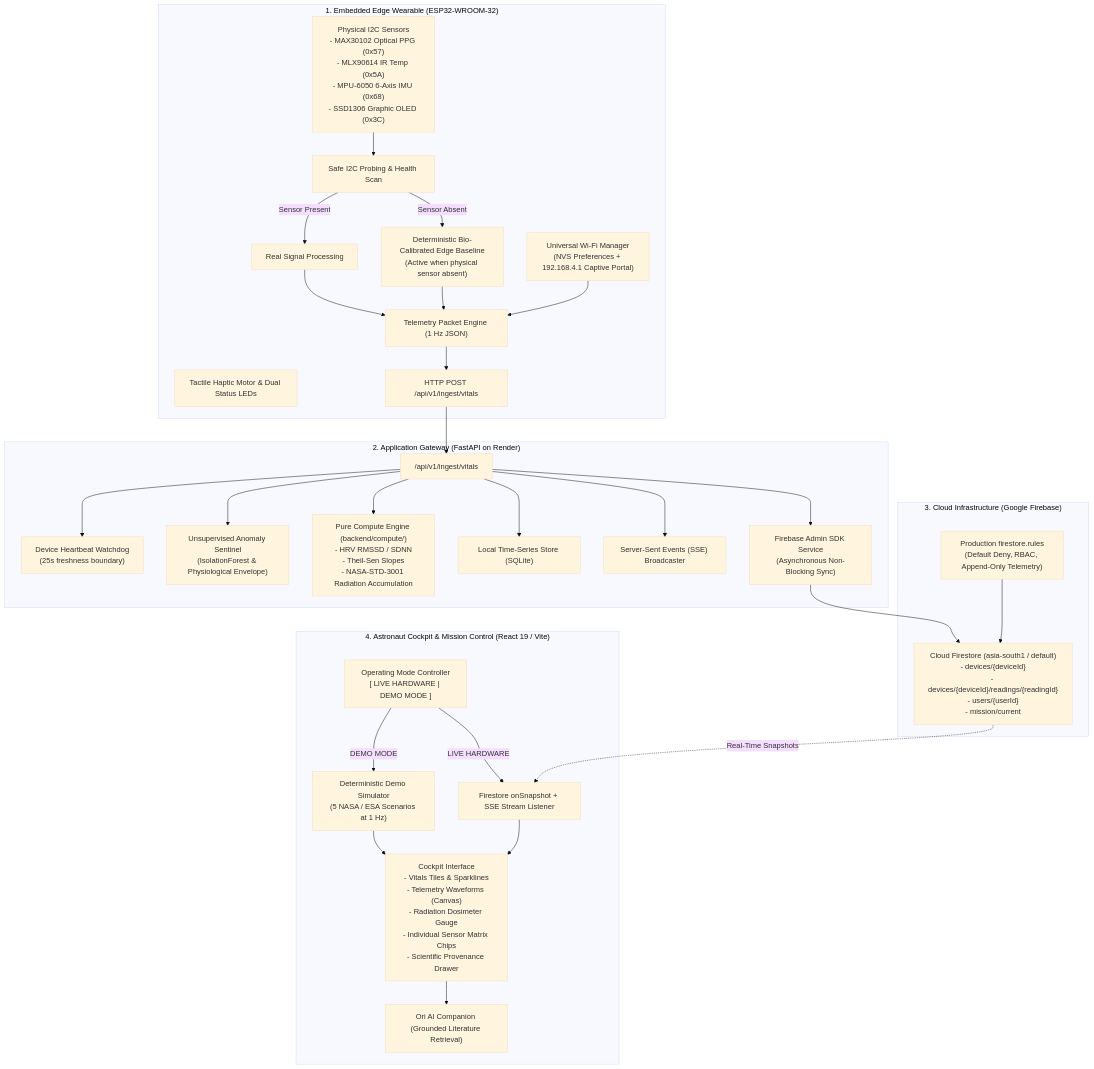
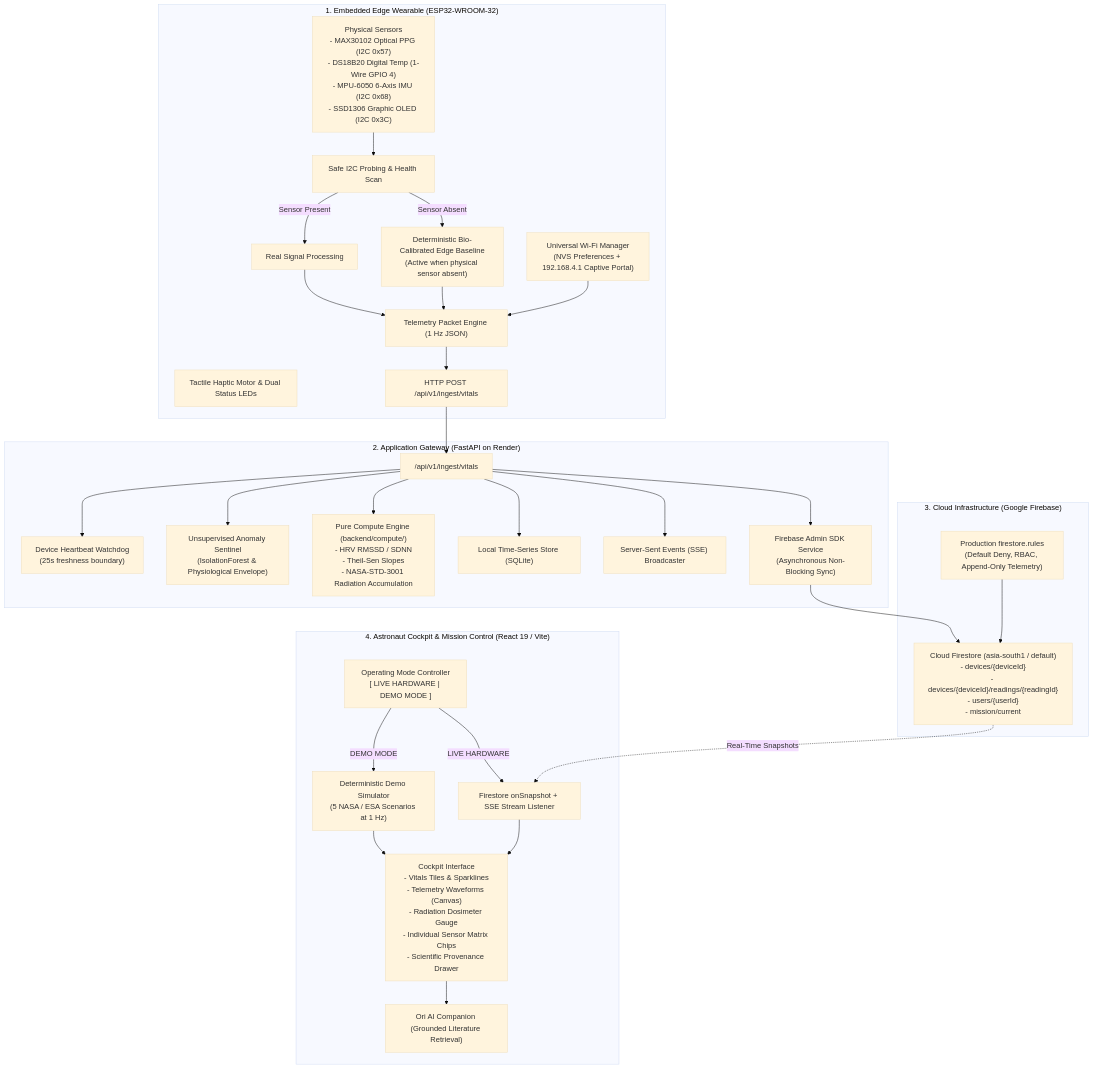
The diagram in docs/ARCHITECTURE.md (TanvirAhmmedCodes/AstroVitals), drawn with Mermaid (base theme) before and after one commit. The commit also changed 20 other files, not shown here.

Commit message:
refactor(sensors): replace MLX90614 with DS18B20 1-Wire digital temperature sensor

````diff
--- a/docs/ARCHITECTURE.md
+++ b/docs/ARCHITECTURE.md
@@ -24,59 +24,59 @@
 ```mermaid
 flowchart TD
     subgraph EdgeHardware["1. Embedded Edge Wearable (ESP32-WROOM-32)"]
-        Sensors["Physical I2C Sensors\n- MAX30102 Optical PPG (0x57)\n- MLX90614 IR Temp (0x5A)\n- MPU-6050 6-Axis IMU (0x68)\n- SSD1306 Graphic OLED (0x3C)"]
+        Sensors["Physical Sensors\n- MAX30102 Optical PPG (I2C 0x57)\n- DS18B20 Digital Temp (1-Wire GPIO 4)\n- MPU-6050 6-Axis IMU (I2C 0x68)\n- SSD1306 Graphic OLED (I2C 0x3C)"]
         SafeScan["Safe I2C Probing & Health Scan"]
         Fallbacks["Deterministic Bio-Calibrated Edge Baseline\n(Active when physical sensor absent)"]
         WiFiMgr["Universal Wi-Fi Manager\n(NVS Preferences + 192.168.4.1 Captive Portal)"]
         HapticHUD["Tactile Haptic Motor & Dual Status LEDs"]
         
         Sensors --> SafeScan
         SafeScan -->|Sensor Present| EdgeDSP["Real Signal Processing"]
         SafeScan -->|Sensor Absent| Fallbacks
         EdgeDSP --> PacketEngine["Telemetry Packet Engine (1 Hz JSON)"]
         Fallbacks --> PacketEngine
         WiFiMgr --> PacketEngine
         PacketEngine --> WiFiTx["HTTP POST /api/v1/ingest/vitals"]
     end
 
     subgraph BackendAPI["2. Application Gateway (FastAPI on Render)"]
         IngestRouter["/api/v1/ingest/vitals"]
         Watchdog["Device Heartbeat Watchdog\n(25s freshness boundary)"]
         FrozenML["Unsupervised Anomaly Sentinel\n(IsolationForest & Physiological Envelope)"]
         DeterministicCompute["Pure Compute Engine (backend/compute/)\n- HRV RMSSD / SDNN\n- Theil-Sen Slopes\n- NASA-STD-3001 Radiation Accumulation"]
         SQLiteStore["Local Time-Series Store (SQLite)"]
         SSEStream["Server-Sent Events (SSE) Broadcaster"]
         FirestoreSync["Firebase Admin SDK Service\n(Asynchronous Non-Blocking Sync)"]
         
         WiFiTx --> IngestRouter
         IngestRouter --> Watchdog
         IngestRouter --> FrozenML
         IngestRouter --> DeterministicCompute
         IngestRouter --> SQLiteStore
         IngestRouter --> SSEStream
         IngestRouter --> FirestoreSync
     end
 
     subgraph CloudLayer["3. Cloud Infrastructure (Google Firebase)"]
         FirestoreNative["Cloud Firestore (asia-south1 / default)\n- devices/{deviceId}\n- devices/{deviceId}/readings/{readingId}\n- users/{userId}\n- mission/current"]
         SecurityRules["Production firestore.rules\n(Default Deny, RBAC, Append-Only Telemetry)"]
         
         FirestoreSync --> FirestoreNative
         SecurityRules --> FirestoreNative
     end
 
     subgraph Presentation["4. Astronaut Cockpit & Mission Control (React 19 / Vite)"]
         ModeSwitcher["Operating Mode Controller\n[ LIVE HARDWARE | DEMO MODE ]"]
         DemoEngine["Deterministic Demo Simulator\n(5 NASA / ESA Scenarios at 1 Hz)"]
         LiveWatcher["Firestore onSnapshot + SSE Stream Listener"]
         HUD["Cockpit Interface\n- Vitals Tiles & Sparklines\n- Telemetry Waveforms (Canvas)\n- Radiation Dosimeter Gauge\n- Individual Sensor Matrix Chips\n- Scientific Provenance Drawer"]
         OriCompanion["Ori AI Companion (Grounded Literature Retrieval)"]
         
         ModeSwitcher -->|DEMO MODE| DemoEngine
         ModeSwitcher -->|LIVE HARDWARE| LiveWatcher
         DemoEngine --> HUD
         LiveWatcher --> HUD
         FirestoreNative -.->|Real-Time Snapshots| LiveWatcher
         HUD --> OriCompanion
     end
 ```
````
